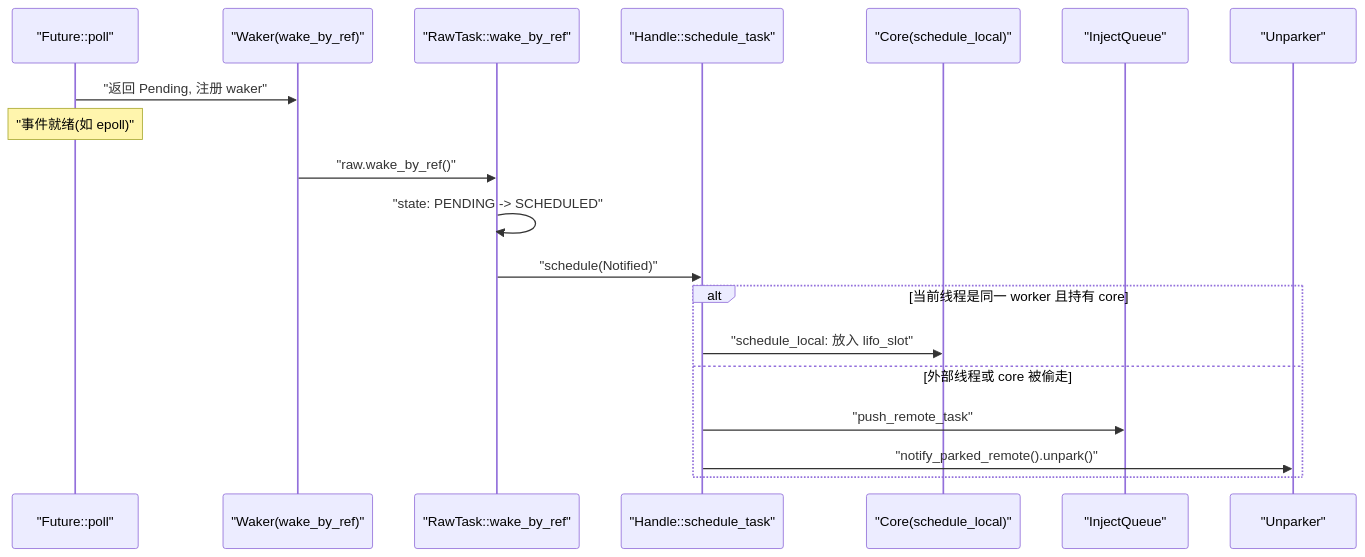
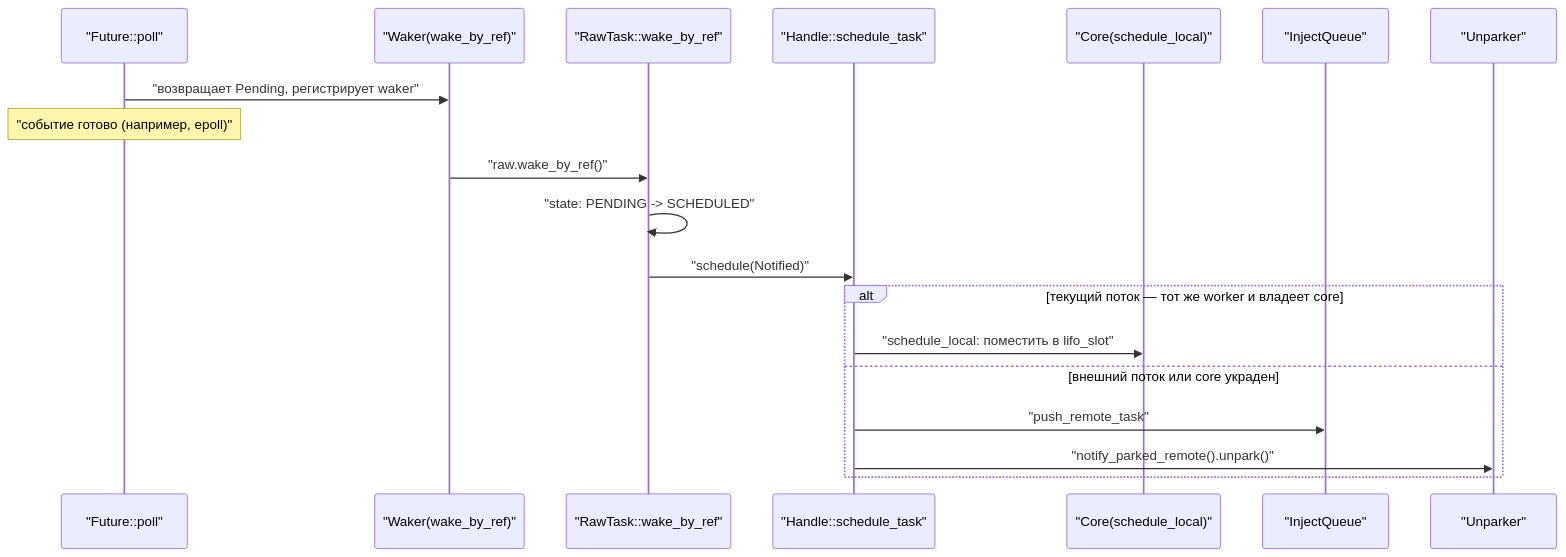
The second of 3 diagrams in books/tokio/ru/04-scheduler-poll-and-work-stealing.md (maleRjc/AiReadCodeBooks), drawn with Mermaid before and after one commit. The commit also changed other lines of this file and 74 other files, not shown here.

````diff
--- a/books/tokio/ru/04-scheduler-poll-and-work-stealing.md
+++ b/books/tokio/ru/04-scheduler-poll-and-work-stealing.md
@@ -178,22 +178,22 @@
 ```mermaid
 sequenceDiagram
     participant Future as "Future::poll"
     participant Waker as "Waker(wake_by_ref)"
     participant RawTask as "RawTask::wake_by_ref"
     participant Handle as "Handle::schedule_task"
     participant Core as "Core(schedule_local)"
     participant Inject as "InjectQueue"
     participant Parker as "Unparker"
 
-    Future->>Waker: "返回 Pending, 注册 waker"
-    Note over Future: "事件就绪(如 epoll)"
+    Future->>Waker: "возвращает Pending, регистрирует waker"
+    Note over Future: "событие готово (например, epoll)"
     Waker->>RawTask: "raw.wake_by_ref()"
     RawTask->>RawTask: "state: PENDING -> SCHEDULED"
     RawTask->>Handle: "schedule(Notified)"
-    alt 当前线程是同一 worker 且持有 core
-        Handle->>Core: "schedule_local: 放入 lifo_slot"
-    else 外部线程或 core 被偷走
+    alt текущий поток — тот же worker и владеет core
+        Handle->>Core: "schedule_local: поместить в lifo_slot"
+    else внешний поток или core украден
         Handle->>Inject: "push_remote_task"
         Handle->>Parker: "notify_parked_remote().unpark()"
     end
 ```
````
